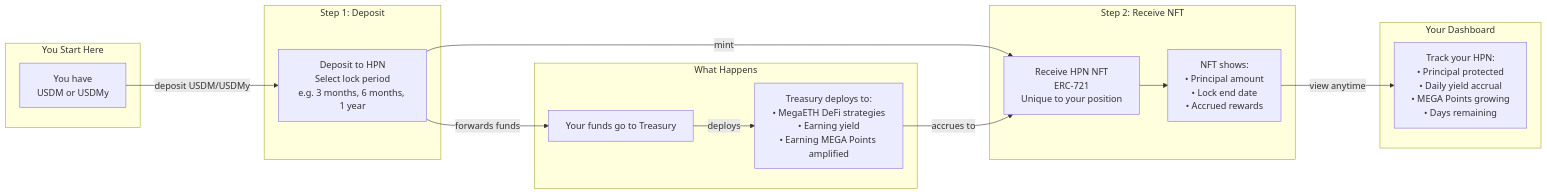
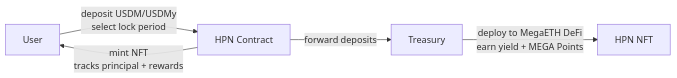
Before and after one commit to 0xJaehaerys/ohmega: the second of 7 diagrams in blackhaven-architecture-diagrams.md, drawn with Mermaid. The commit also changed other lines of this file, not shown here.

Commit message:
Simplify HPN diagrams: small blocks with details on arrows

````diff
--- a/blackhaven-architecture-diagrams.md
+++ b/blackhaven-architecture-diagrams.md
@@ -87,34 +87,12 @@
 ```mermaid
 graph LR
-    subgraph "You Start Here"
-        USER[You have<br/>USDM or USDMy]
-    end
+    USER[User]
+    HPN[HPN Contract]
+    NFT[HPN NFT]
+    TREASURY[Treasury]
     
-    subgraph "Step 1: Deposit"
-        DEPOSIT[Deposit to HPN<br/>Select lock period<br/>e.g. 3 months, 6 months, 1 year]
-    end
-    
-    subgraph "Step 2: Receive NFT"
-        NFT[Receive HPN NFT<br/>ERC-721<br/>Unique to your position]
-        NFT_DETAILS[NFT shows:<br/>• Principal amount<br/>• Lock end date<br/>• Accrued rewards]
-    end
-    
-    subgraph "What Happens"
-        TREASURY[Your funds go to Treasury]
-        EARNING[Treasury deploys to:<br/>• MegaETH DeFi strategies<br/>• Earning yield<br/>• Earning MEGA Points amplified]
-    end
-    
-    subgraph "Your Dashboard"
-        DASHBOARD[Track your HPN:<br/>• Principal protected<br/>• Daily yield accrual<br/>• MEGA Points growing<br/>• Days remaining]
-    end
-    
-    USER -->|deposit USDM/USDMy| DEPOSIT
-    DEPOSIT -->|mint| NFT
-    NFT --> NFT_DETAILS
-    
-    DEPOSIT -->|forwards funds| TREASURY
-    TREASURY -->|deploys| EARNING
-    EARNING -->|accrues to| NFT
-    
-    NFT_DETAILS -->|view anytime| DASHBOARD
+    USER -->|deposit USDM/USDMy<br/>select lock period| HPN
+    HPN -->|mint NFT<br/>tracks principal + rewards| USER
+    HPN -->|forward deposits| TREASURY
+    TREASURY -->|deploy to MegaETH DeFi<br/>earn yield + MEGA Points| NFT
 ```
````
